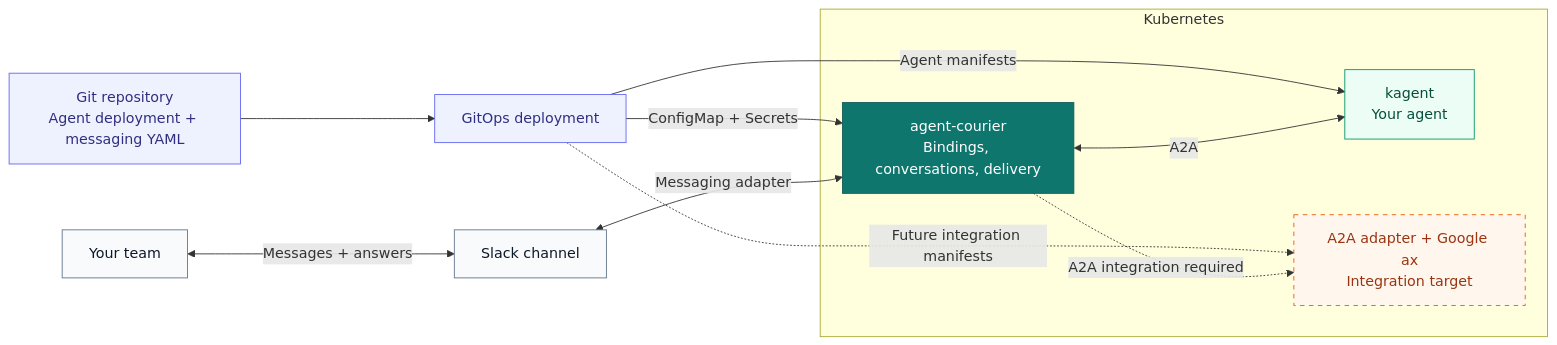
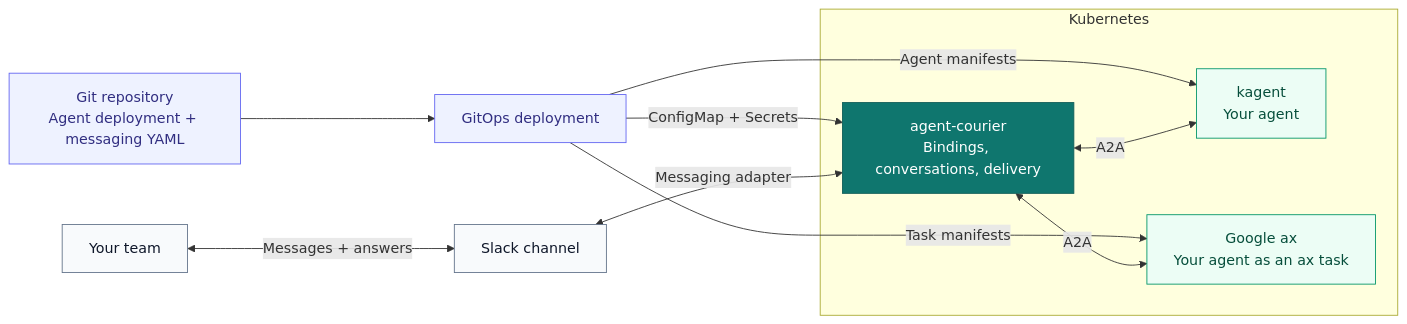
One commit to agentkourier/agent-kourier changed the diagram in README.md. Above: the diagram before and after it, drawn with Mermaid. The commit also changed other lines of this file and 2 other files, not shown here.

````diff
--- a/README.md
+++ b/README.md
@@ -19,33 +19,31 @@
 ```mermaid
 flowchart LR
     Git["Git repository<br/>Agent deployment + messaging YAML"]
     GitOps["GitOps deployment"]
     People["Your team"]
     Slack["Slack channel"]
 
     subgraph K8s["Kubernetes"]
         Courier["agent-courier<br/>Bindings, conversations, delivery"]
         Kagent["kagent<br/>Your agent"]
-        Ax["A2A adapter + Google ax<br/>Integration target"]
+        Ax["Google ax<br/>Your agent as an ax task"]
     end
 
     Git --> GitOps
     GitOps -->|ConfigMap + Secrets| Courier
     GitOps -->|Agent manifests| Kagent
-    GitOps -.->|Future integration manifests| Ax
+    GitOps -->|Task manifests| Ax
     People <-->|Messages + answers| Slack
     Slack <-->|Messaging adapter| Courier
     Courier <-->|A2A| Kagent
-    Courier -.->|A2A integration required| Ax
+    Courier <-->|A2A| Ax
 
     classDef config fill:#eef2ff,stroke:#6366f1,color:#312e81
     classDef broker fill:#0f766e,stroke:#115e59,color:#ffffff
     classDef runtime fill:#ecfdf5,stroke:#059669,color:#064e3b
     classDef human fill:#f8fafc,stroke:#64748b,color:#0f172a
-    classDef planned fill:#fff7ed,stroke:#ea580c,color:#9a3412,stroke-dasharray:5 5
     class Git,GitOps config
     class Courier broker
-    class Kagent runtime
+    class Kagent,Ax runtime
     class People,Slack human
-    class Ax planned
 ```
````
